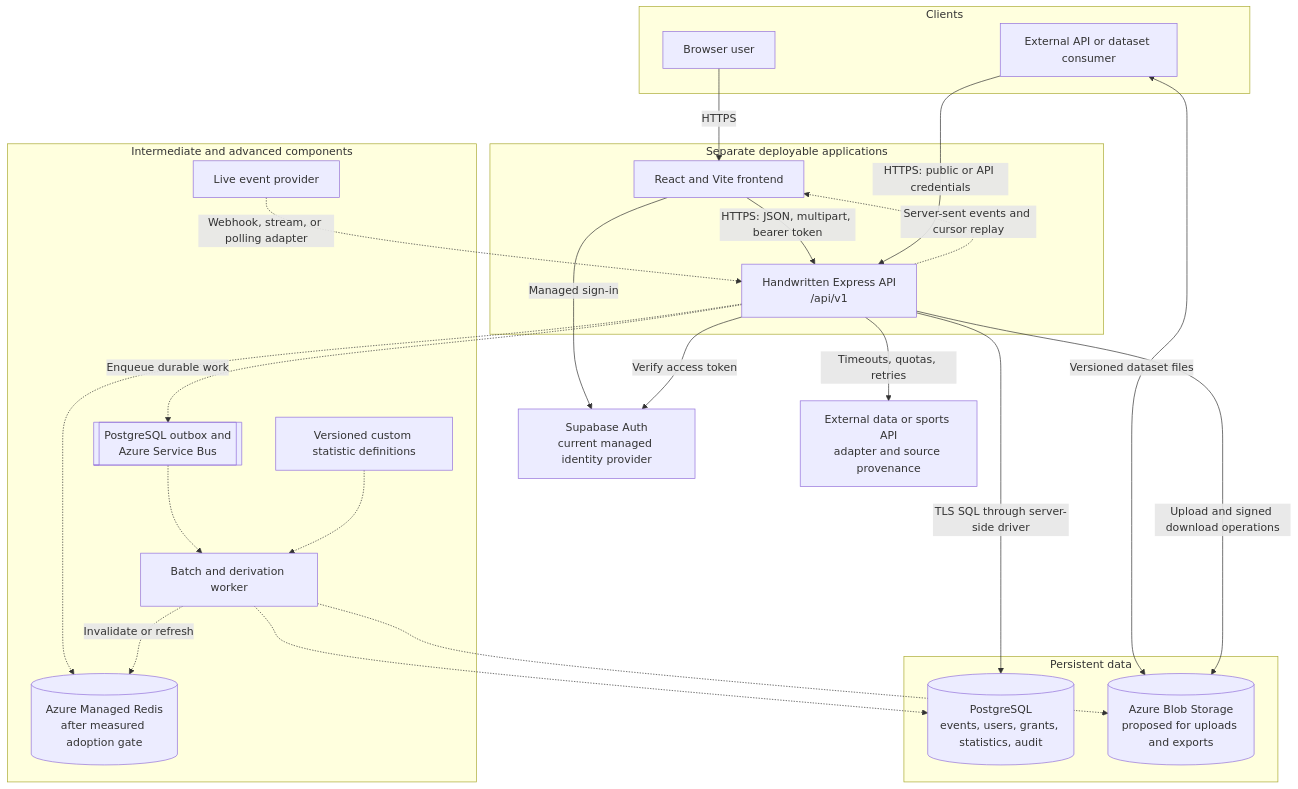
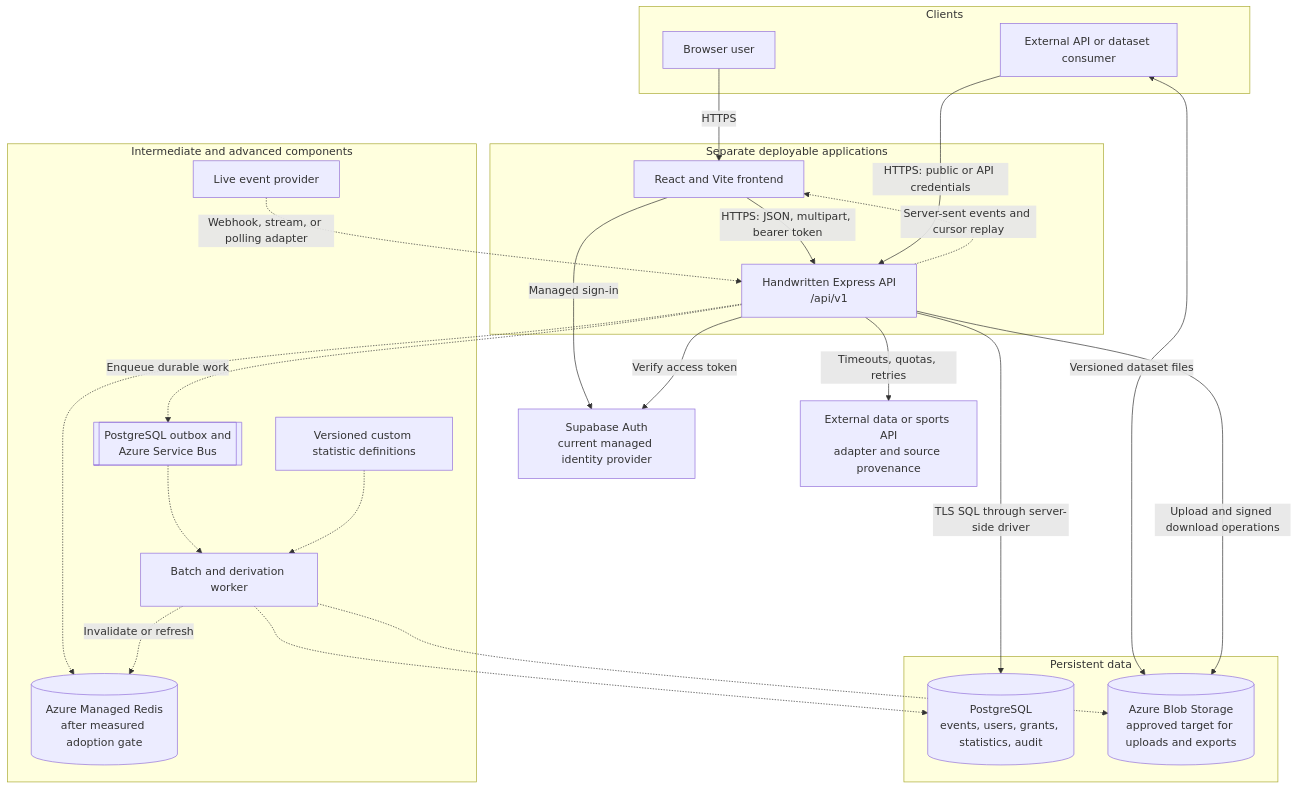
One commit to NadavSundy/Sport-Analytics-Tool changed the first of 4 diagrams in docs/architecture/system-architecture.md. Above: the diagram before and after it, drawn with Mermaid. The commit also changed other lines of this file and 13 other files, not shown here.

First line of the commit message:
docs(architecture): approve batch ingestion decisions

````diff
--- a/docs/architecture/system-architecture.md
+++ b/docs/architecture/system-architecture.md
@@ -93,47 +94,47 @@
 ```mermaid
 flowchart TB
     subgraph Clients[Clients]
         User[Browser user]
         Consumer[External API or dataset consumer]
     end
 
     subgraph Applications[Separate deployable applications]
         Frontend[React and Vite frontend]
         API[Handwritten Express API<br/>/api/v1]
     end
 
     Auth[Supabase Auth<br/>current managed identity provider]
     External[External data or sports API<br/>adapter and source provenance]
 
     subgraph Data[Persistent data]
         DB[(PostgreSQL<br/>events, users, grants, statistics, audit)]
-        Files[(Azure Blob Storage<br/>proposed for uploads and exports)]
+        Files[(Azure Blob Storage<br/>approved target for uploads and exports)]
     end
 
     subgraph Future[Intermediate and advanced components]
         Queue[[PostgreSQL outbox and<br/>Azure Service Bus]]
         Worker[Batch and derivation worker]
         Cache[(Azure Managed Redis<br/>after measured adoption gate)]
         Live[Live event provider]
         Definitions[Versioned custom statistic definitions]
     end
 
     User -->|HTTPS| Frontend
     Frontend -->|Managed sign-in| Auth
     Frontend -->|HTTPS: JSON, multipart, bearer token| API
     Consumer -->|HTTPS: public or API credentials| API
     Consumer <-->|Versioned dataset files| Files
     API -->|Verify access token| Auth
     API -->|TLS SQL through server-side driver| DB
     API -->|Upload and signed download operations| Files
     API -->|Timeouts, quotas, retries| External
     API -.->|Enqueue durable work| Queue
     Queue -.-> Worker
     Worker -.-> DB
     Worker -.-> Files
     API -.-> Cache
     Worker -.->|Invalidate or refresh| Cache
     Live -.->|Webhook, stream, or polling adapter| API
     API -.->|Server-sent events and cursor replay| Frontend
     Definitions -.-> Worker
 ```
````
